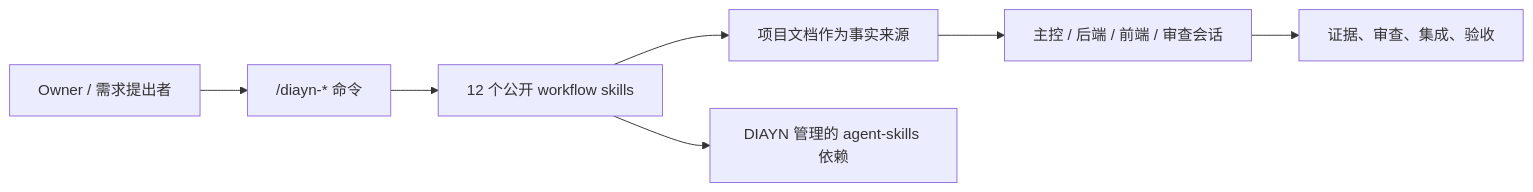
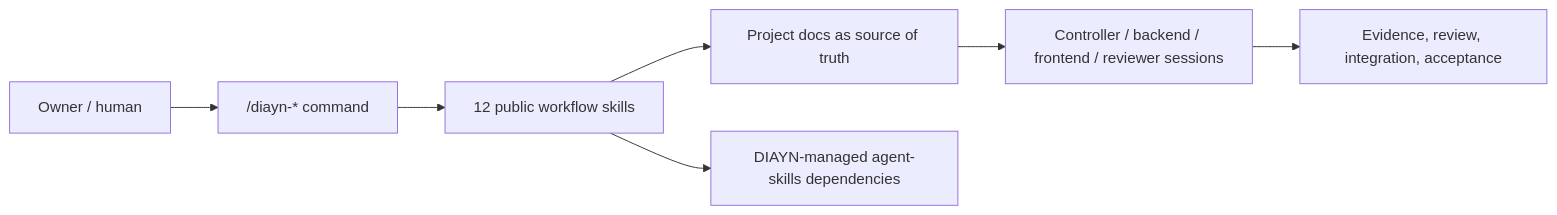
Before and after one commit to ice268528/Docs-is-all-you-need: the first of 2 diagrams in README.zh-CN.md, drawn with Mermaid. The commit also changed other lines of this file and 49 other files, not shown here.

````diff
--- a/README.zh-CN.md
+++ b/README.zh-CN.md
@@ -12,9 +9,9 @@
 ```mermaid
 flowchart LR
-  Owner["Owner / 需求提出者"] --> Command["/diayn-* 命令"]
-  Command --> Skill["12 个公开 workflow skills"]
-  Skill --> Docs["项目文档作为事实来源"]
-  Skill --> AgentSkills["DIAYN 管理的 agent-skills 依赖"]
-  Docs --> Sessions["主控 / 后端 / 前端 / 审查会话"]
-  Sessions --> Evidence["证据、审查、集成、验收"]
+  Owner["Owner / human"] --> Command["/diayn-* command"]
+  Command --> Skill["12 public workflow skills"]
+  Skill --> Docs["Project docs as source of truth"]
+  Skill --> AgentSkills["DIAYN-managed agent-skills dependencies"]
+  Docs --> Sessions["Controller / backend / frontend / reviewer sessions"]
+  Sessions --> Evidence["Evidence, review, integration, acceptance"]
 ```
````
